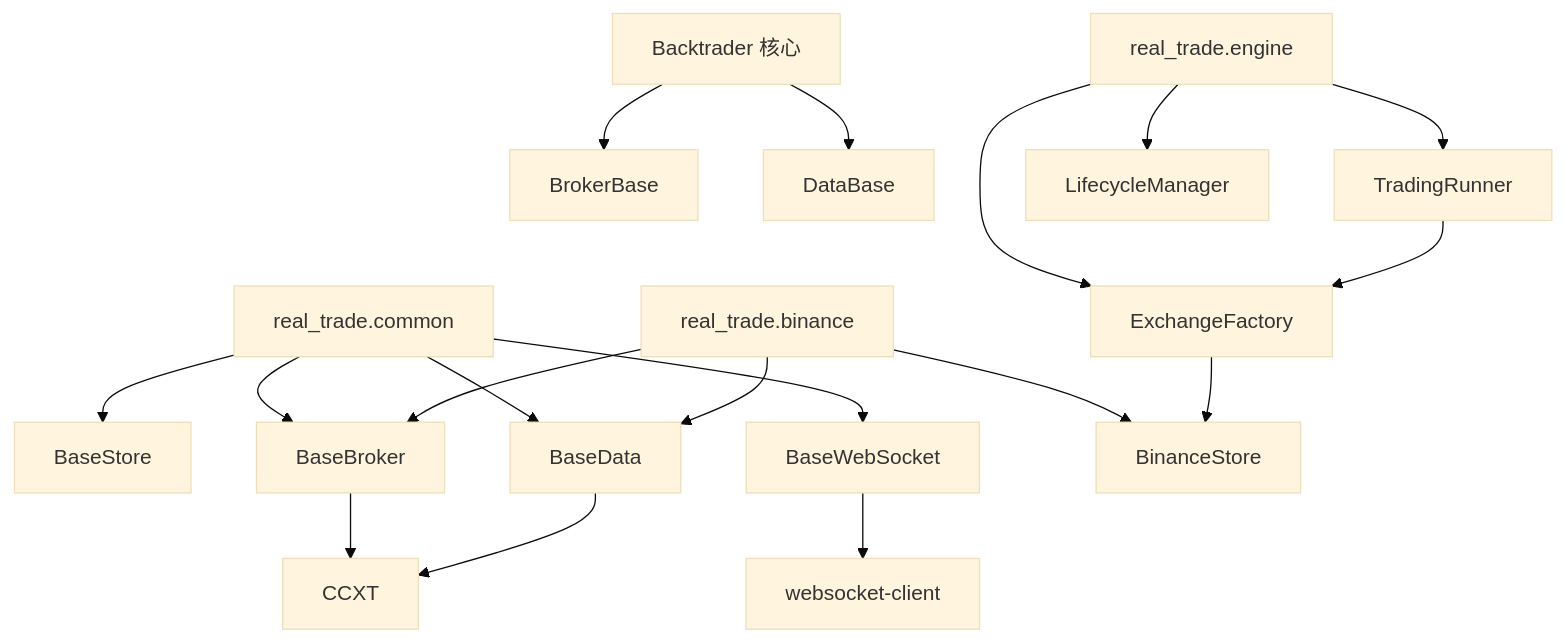
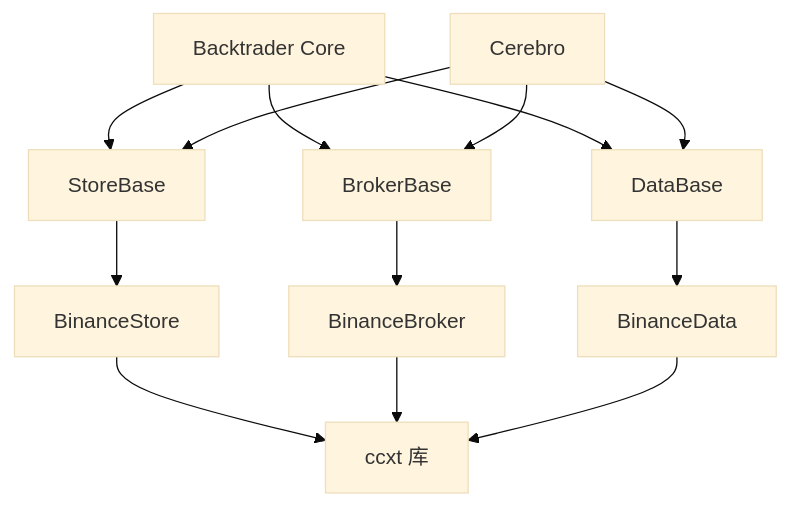
One commit to bench-prog/backtrader changed the eighth of 8 diagrams in .qoder/repowiki/zh/content/实盘交易模块/架构设计概览.md. Above: the diagram before and after it, drawn with Mermaid (base theme). The commit also changed other lines of this file and 23 other files, not shown here.

````diff
--- a/.qoder/repowiki/zh/content/实盘交易模块/架构设计概览.md
+++ b/.qoder/repowiki/zh/content/实盘交易模块/架构设计概览.md
@@ -425,20 +339,15 @@
 ```mermaid
 graph TB
-BT["Backtrader 核心"] --> BB["BrokerBase"]
-BT --> BD["DataBase"]
-COMMON["real_trade.common"] --> BS["BaseStore"]
-COMMON --> BBK["BaseBroker"]
-COMMON --> BDA["BaseData"]
-COMMON --> BWS["BaseWebSocket"]
-ENGINE["real_trade.engine"] --> TR["TradingRunner"]
-ENGINE --> EF["ExchangeFactory"]
-ENGINE --> LC["LifecycleManager"]
-BIN["real_trade.binance"] --> BSC["BinanceStore"]
-BIN --> BBK
-BIN --> BDA
-TR --> EF
-EF --> BSC
-BBK --> CCXT["CCXT"]
+BT["Backtrader Core"] --> SB["StoreBase"]
+BT --> BB["BrokerBase"]
+BT --> DB["DataBase"]
+SB --> BS["BinanceStore"]
+BB --> BBK["BinanceBroker"]
+DB --> BDA["BinanceData"]
+CER["Cerebro"] --> SB
+CER --> BB
+CER --> DB
+BS --> CCXT["ccxt 库"]
+BBK --> CCXT
 BDA --> CCXT
-BWS --> WS["websocket-client"]
 ```
````
